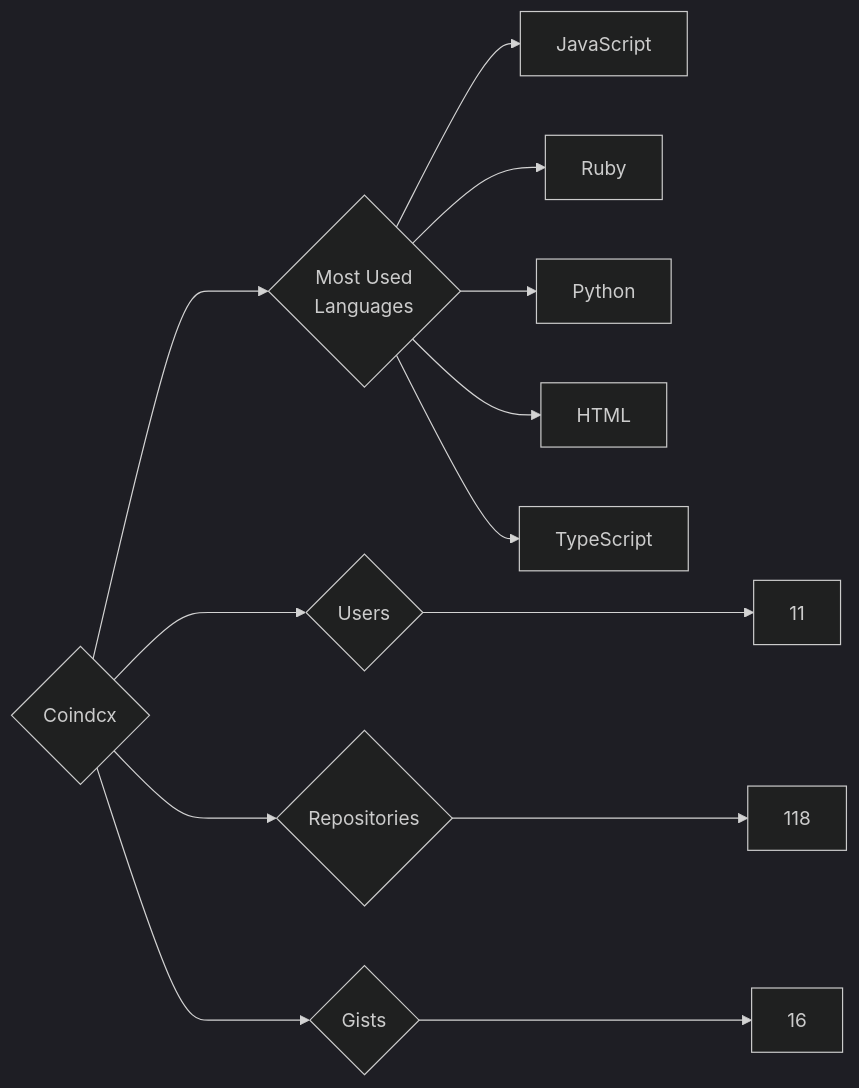
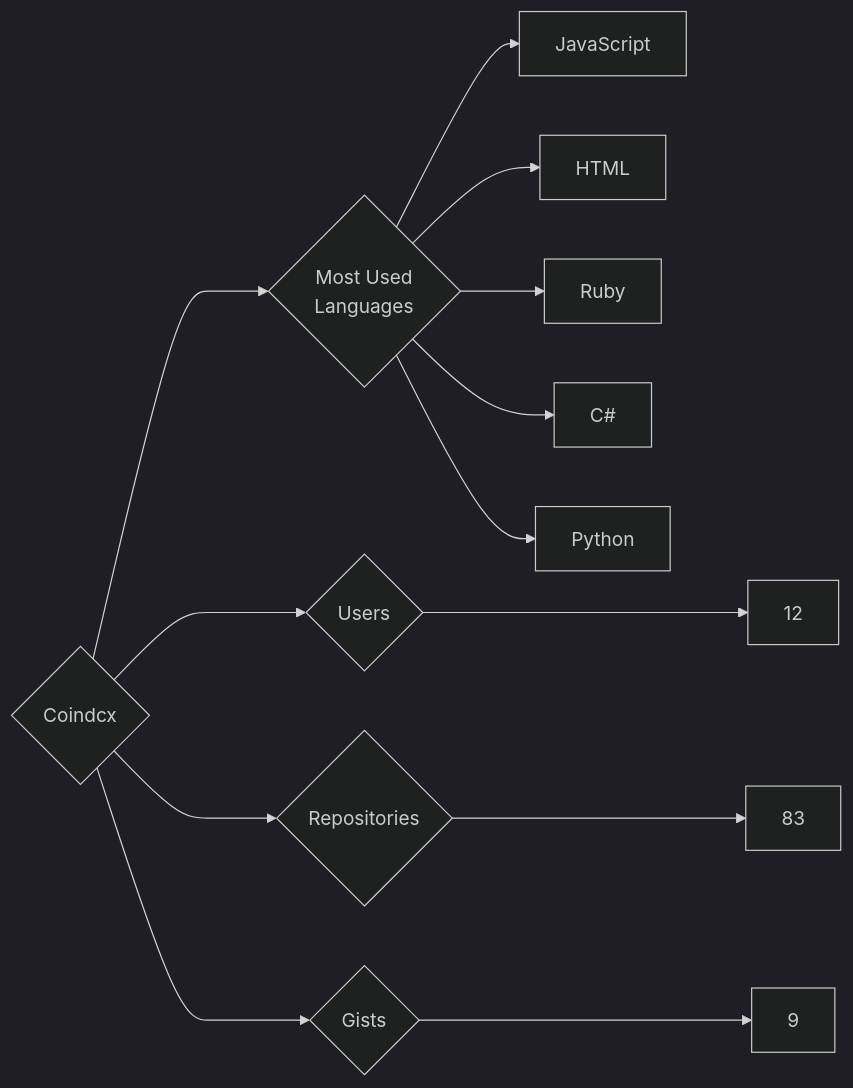
One commit to trickest/insiders changed the diagram in targets/Coindcx/README.md. Above: the diagram before and after it, drawn with Mermaid (dark theme). The commit also changed 718 other files, not shown here.

````diff
--- a/targets/Coindcx/README.md
+++ b/targets/Coindcx/README.md
@@ -3,13 +3,13 @@
 ```mermaid
 graph LR
 COMPANY_NAME{Coindcx}
-COMPANY_NAME ---> U{Users} ---> UN[11]
-COMPANY_NAME ---> R{Repositories} ---> RN[118]
-COMPANY_NAME ---> G{Gists} ---> GN[16]
+COMPANY_NAME ---> U{Users} ---> UN[12]
+COMPANY_NAME ---> R{Repositories} ---> RN[83]
+COMPANY_NAME ---> G{Gists} ---> GN[9]
 COMPANY_NAME ---> ML{Most Used<br>Languages}
 ML --> JavaScript[JavaScript]
+ML --> HTML[HTML]
 ML --> Ruby[Ruby]
+ML --> C#[C#]
 ML --> Python[Python]
-ML --> HTML[HTML]
-ML --> TypeScript[TypeScript]
 ```
````
